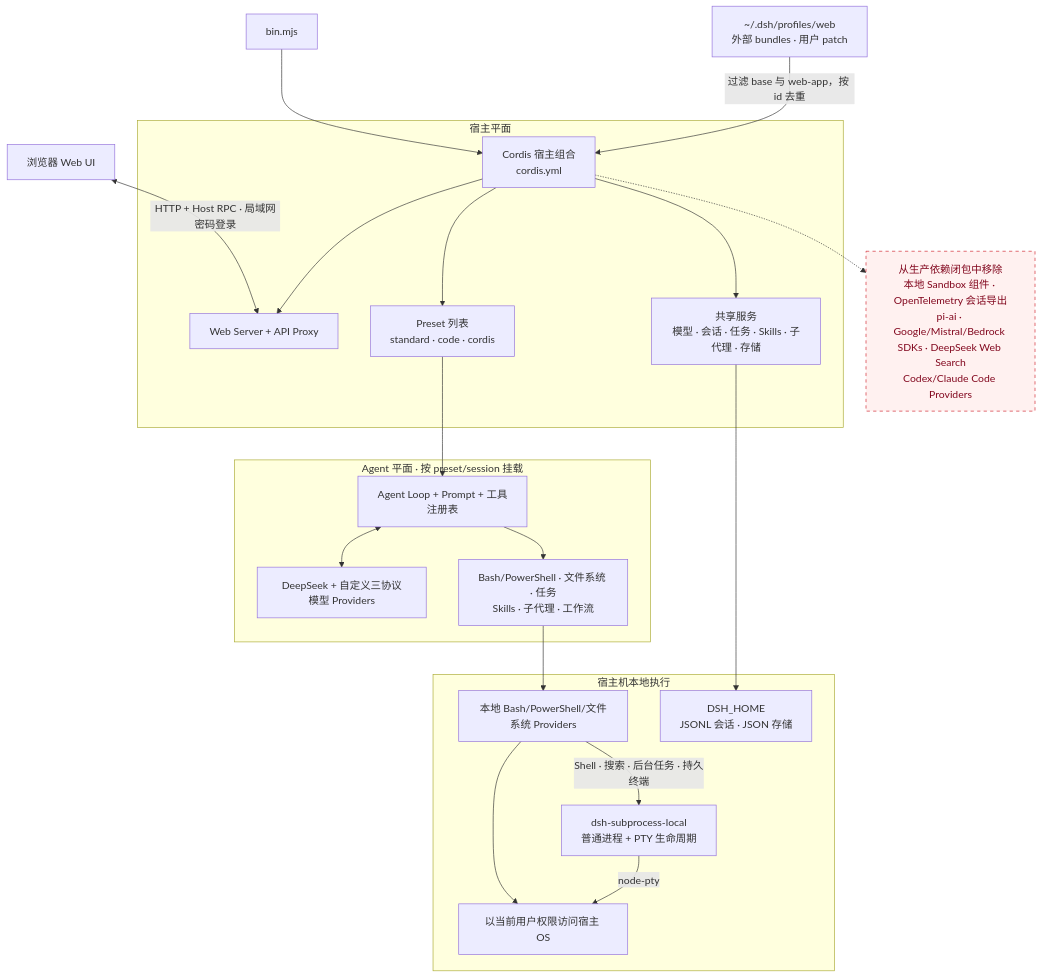
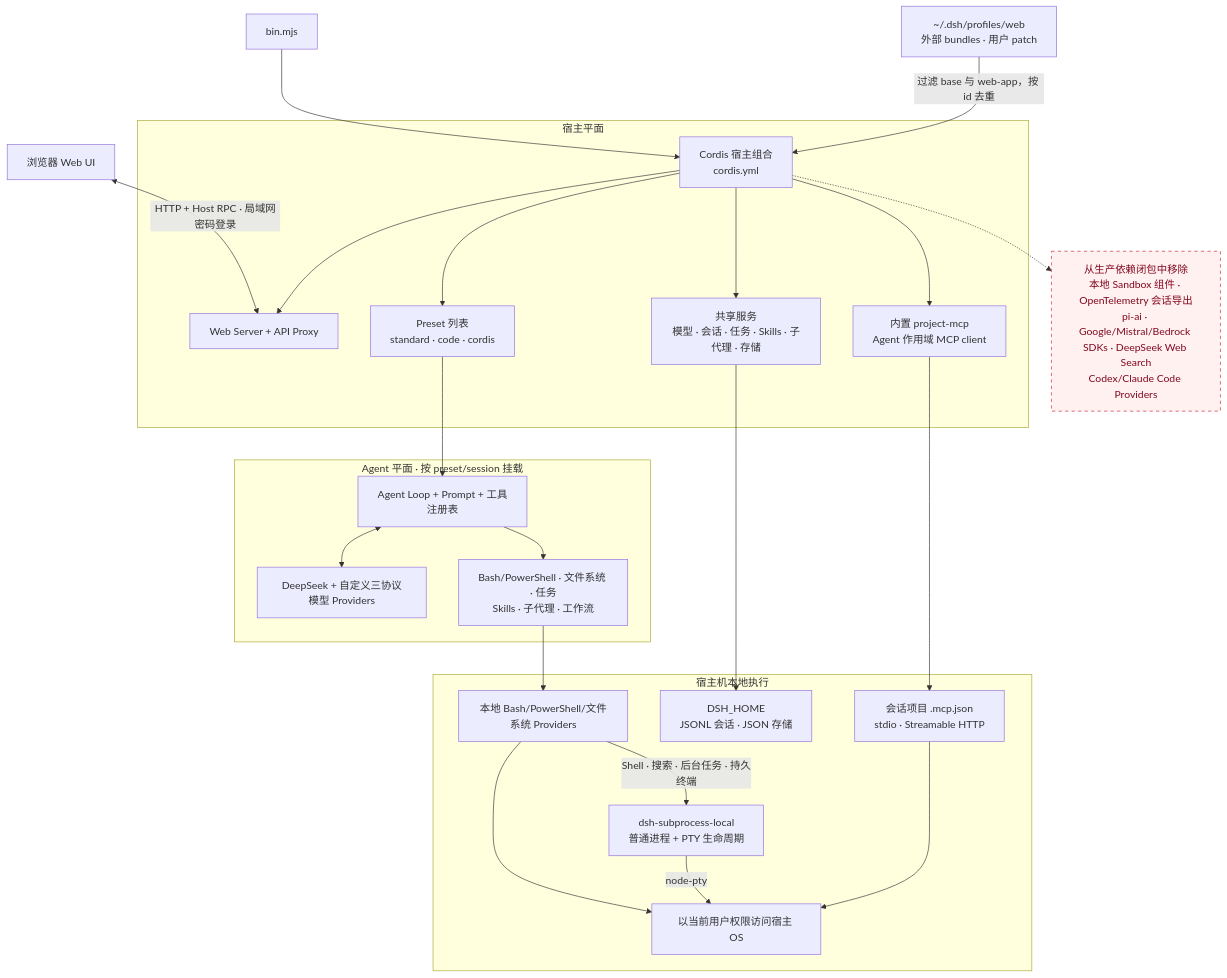
The diagram in packages/deepseek-harness-web/README.md (chenshutian9610/deepseek-harness-plugin-list), drawn with Mermaid before and after one commit. The commit also changed other lines of this file and 60 other files, not shown here.

````diff
--- a/packages/deepseek-harness-web/README.md
+++ b/packages/deepseek-harness-web/README.md
@@ -13,30 +13,33 @@
 ```mermaid
 flowchart TB
   Browser["浏览器 Web UI"] <-->|"HTTP + Host RPC · 局域网密码登录"| Web["Web Server + API Proxy"]
   Boot["bin.mjs"] --> Composition["Cordis 宿主组合<br/>cordis.yml"]
   Profile["~/.dsh/profiles/web<br/>外部 bundles · 用户 patch"] -->|"过滤 base 与 web-app，按 id 去重"| Composition
 
   subgraph Host["宿主平面"]
     Composition --> Web
     Composition --> Shared["共享服务<br/>模型 · 会话 · 任务 · Skills · 子代理 · 存储"]
+    Composition --> ProjectMCP["内置 project-mcp<br/>Agent 作用域 MCP client"]
     Composition --> Presets["Preset 列表<br/>standard · code · cordis"]
   end
 
   subgraph Agent["Agent 平面 · 按 preset/session 挂载"]
     Presets --> Runtime["Agent Loop + Prompt + 工具注册表"]
     Runtime <--> LLM["DeepSeek + 自定义三协议模型 Providers"]
     Runtime --> Tools["Bash/PowerShell · 文件系统 · 任务<br/>Skills · 子代理 · 工作流"]
   end
 
   subgraph Local["宿主机本地执行"]
     Tools --> Providers["本地 Bash/PowerShell/文件系统 Providers"]
     Providers --> OS["以当前用户权限访问宿主 OS"]
     Providers -->|"Shell · 搜索 · 后台任务 · 持久终端"| Subprocess["dsh-subprocess-local<br/>普通进程 + PTY 生命周期"]
     Subprocess -->|"node-pty"| OS
     Shared --> Home["DSH_HOME<br/>JSONL 会话 · JSON 存储"]
+    ProjectMCP --> MCPServers["会话项目 .mcp.json<br/>stdio · Streamable HTTP"]
+    MCPServers --> OS
   end
 
   Composition -.-> Removed["从生产依赖闭包中移除<br/>本地 Sandbox 组件 · OpenTelemetry 会话导出<br/>pi-ai · Google/Mistral/Bedrock SDKs · DeepSeek Web Search<br/>Codex/Claude Code Providers"]
   classDef removed fill:#fff1f0,stroke:#cf222e,stroke-dasharray:5 5,color:#82071e;
   class Removed removed;
 ```
````
